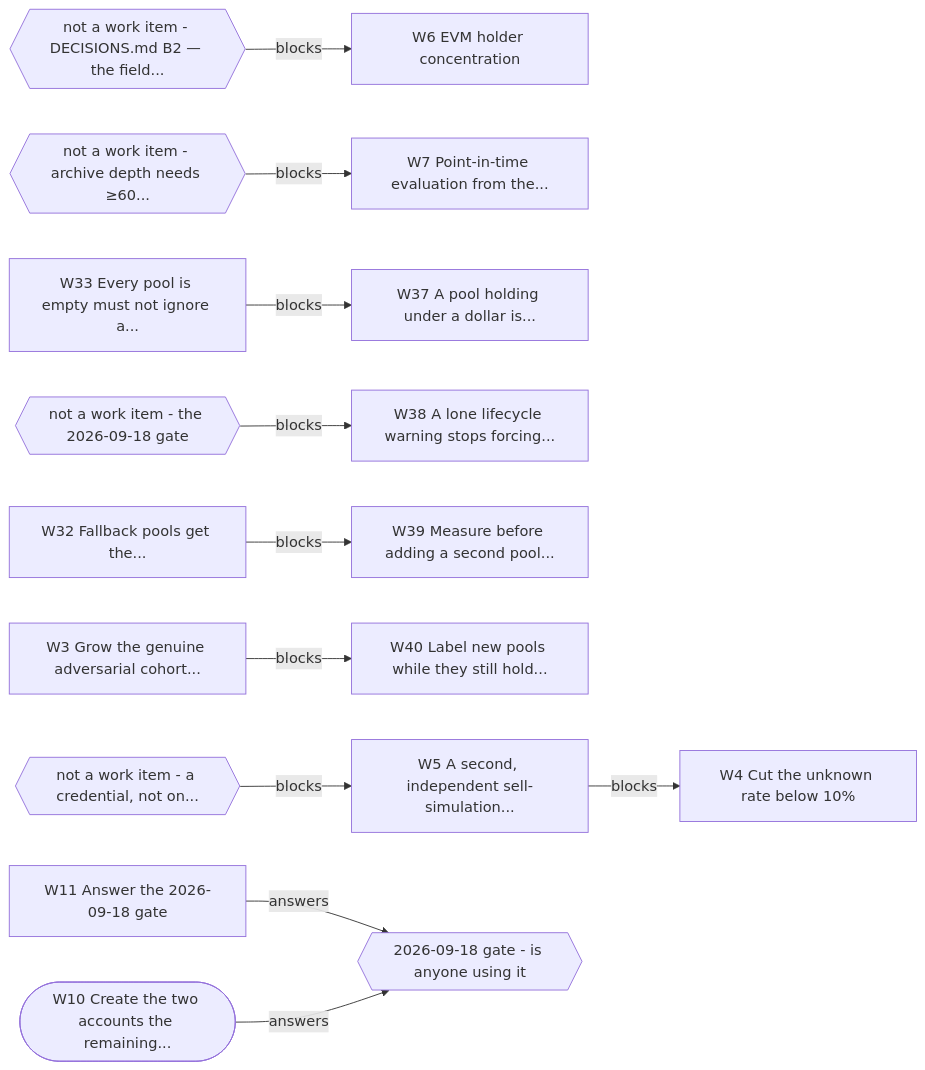
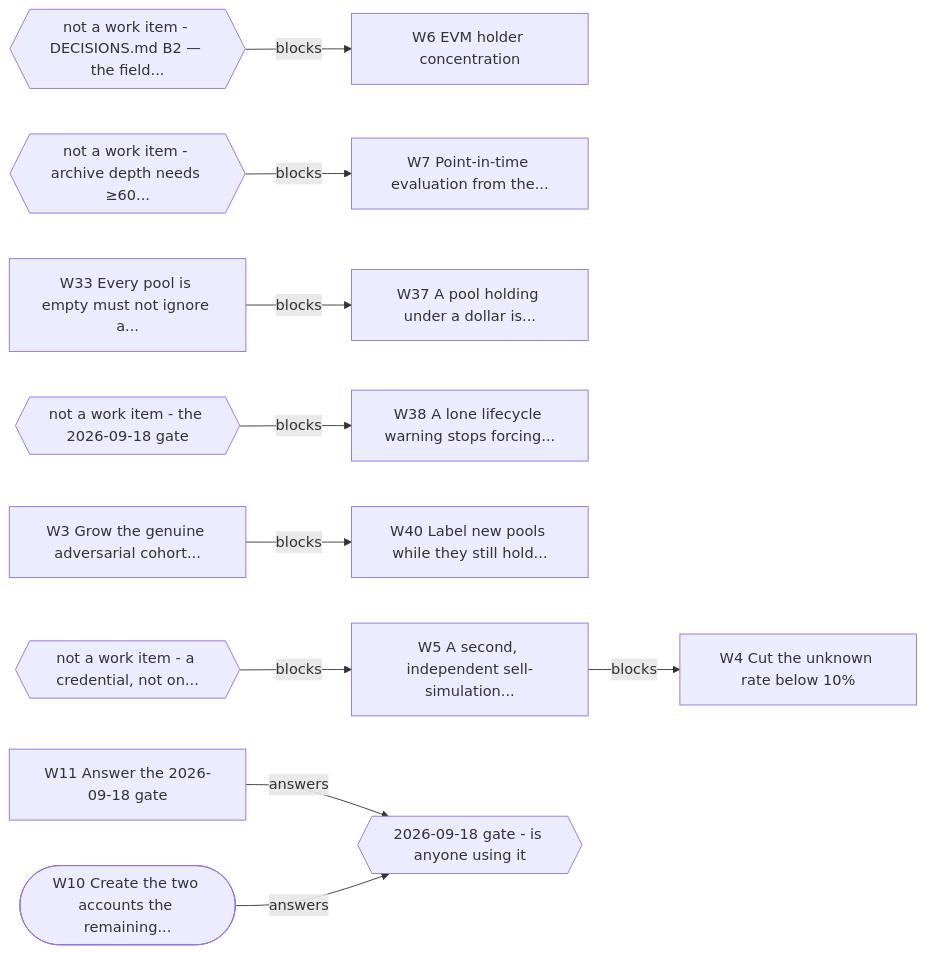
The second of 2 diagrams in docs/OWNER.md (jakegu1/vetagent), drawn with Mermaid before and after one commit. The commit also changed other lines of this file and 11 other files, not shown here.

````diff
--- a/docs/OWNER.md
+++ b/docs/OWNER.md
@@ -118,31 +118,28 @@
 ```mermaid
 flowchart LR
     W3[W3 Grow the genuine adversarial cohort...]
     W4[W4 Cut the unknown rate below 10%]
     W6[W6 EVM holder concentration]
     W7[W7 Point-in-time evaluation from the...]
-    W32[W32 Fallback pools get the...]
     W33[W33 Every pool is empty must not ignore a...]
     W37[W37 A pool holding under a dollar is...]
     W38[W38 A lone lifecycle warning stops forcing...]
-    W39[W39 Measure before adding a second pool...]
     W40[W40 Label new pools while they still hold...]
     W5[W5 A second, independent sell-simulation...]
     W10([W10 Create the two accounts the remaining...])
     W11[W11 Answer the 2026-09-18 gate]
     E1{{not a work item - DECISIONS.md B2 — the field...}}
     E2{{not a work item - archive depth needs ≥60...}}
     E3{{not a work item - the 2026-09-18 gate}}
     E4{{not a work item - a credential, not on...}}
     GATE{{2026-09-18 gate - is anyone using it}}
     W5 -->|blocks| W4
     E1 -->|blocks| W6
     E2 -->|blocks| W7
     W33 -->|blocks| W37
     E3 -->|blocks| W38
-    W32 -->|blocks| W39
     W3 -->|blocks| W40
     E4 -->|blocks| W5
     W11 -->|answers| GATE
     W10 -->|answers| GATE
 ```
````
